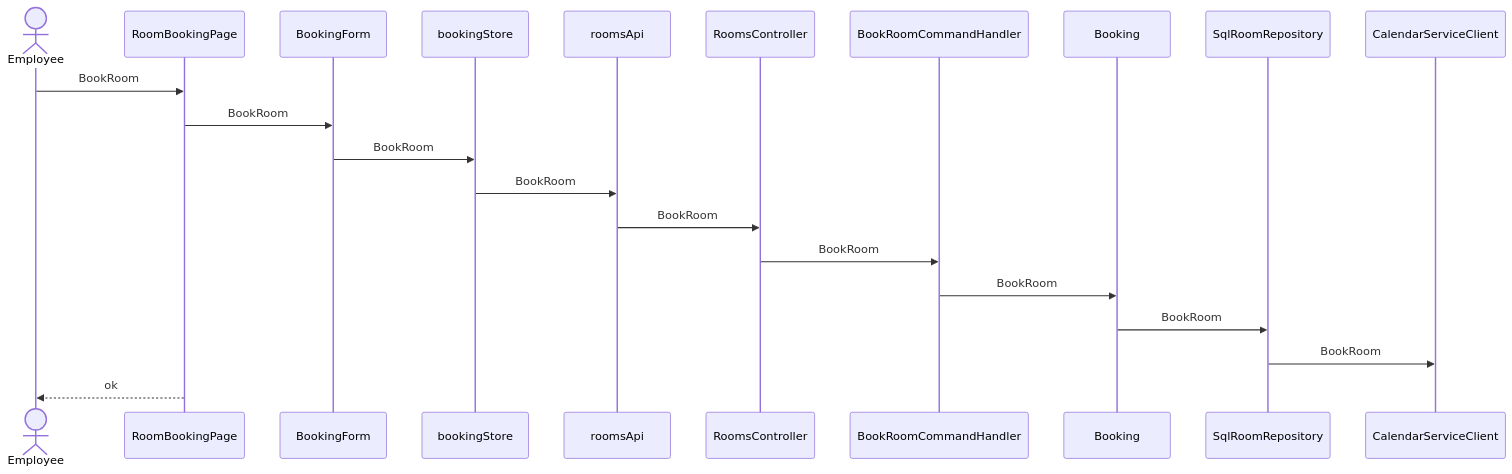
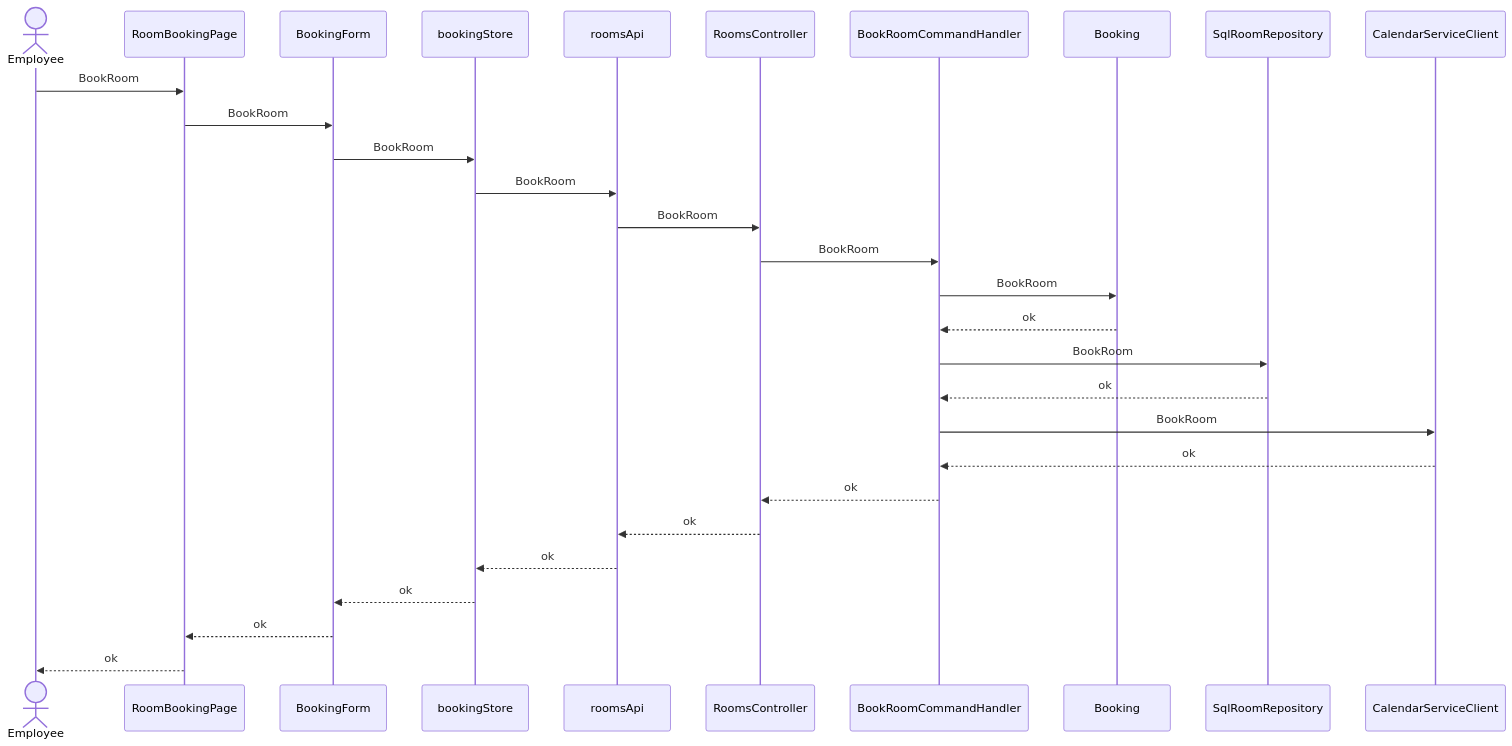
The fourth of 6 diagrams in skills/spec-dev-process/examples/matrix/fs-balance-mixed-s2/specs/rd/room-booking/spec/30-architecture-c4.md (pin0513/AITools), drawn with Mermaid before and after one commit. The commit also changed other lines of this file and 257 other files, not shown here.

````diff
--- a/skills/spec-dev-process/examples/matrix/fs-balance-mixed-s2/specs/rd/room-booking/spec/30-architecture-c4.md
+++ b/skills/spec-dev-process/examples/matrix/fs-balance-mixed-s2/specs/rd/room-booking/spec/30-architecture-c4.md
@@ -135,23 +135,31 @@
 ```mermaid
 sequenceDiagram
   actor U as Employee
   participant CMP001 as RoomBookingPage
   participant CMP002 as BookingForm
   participant CMP005 as bookingStore
   participant CMP006 as roomsApi
   participant CMP007 as RoomsController
   participant CMP008 as BookRoomCommandHandler
   participant CMP012 as Booking
   participant CMP013 as SqlRoomRepository
   participant CMP014 as CalendarServiceClient
   U->>CMP001: BookRoom
   CMP001->>CMP002: BookRoom
   CMP002->>CMP005: BookRoom
   CMP005->>CMP006: BookRoom
   CMP006->>CMP007: BookRoom
   CMP007->>CMP008: BookRoom
   CMP008->>CMP012: BookRoom
-  CMP012->>CMP013: BookRoom
-  CMP013->>CMP014: BookRoom
+  CMP012-->>CMP008: ok
+  CMP008->>CMP013: BookRoom
+  CMP013-->>CMP008: ok
+  CMP008->>CMP014: BookRoom
+  CMP014-->>CMP008: ok
+  CMP008-->>CMP007: ok
+  CMP007-->>CMP006: ok
+  CMP006-->>CMP005: ok
+  CMP005-->>CMP002: ok
+  CMP002-->>CMP001: ok
   CMP001-->>U: ok
 ```
````
